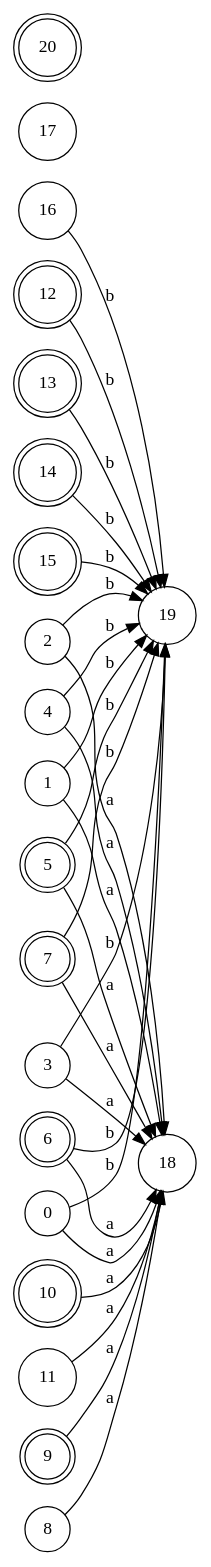
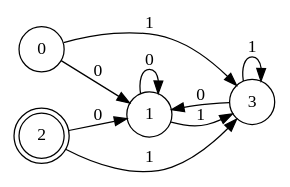
Before and after one commit to desmetr/SchemeInterpreter: the diagram in Scheme_Interpreter/src/convertENFAtoDFA.dot, drawn with Graphviz. The commit also changed 5 other files, not shown here.

```diff
--- a/Scheme_Interpreter/src/convertENFAtoDFA.dot
+++ b/Scheme_Interpreter/src/convertENFAtoDFA.dot
@@ -1,48 +1,14 @@
 digraph DFA {
 	rankdir=LR;	0 [shape=circle];
-	0 -> 18 [label="a"];
-	0 -> 19 [label="b"];
+	0 -> 1 [label="0"];
+	0 -> 3 [label="1"];
 	1 [shape=circle];
-	1 -> 18 [label="a"];
-	1 -> 19 [label="b"];
-	2 [shape=circle];
-	2 -> 18 [label="a"];
-	2 -> 19 [label="b"];
+	1 -> 1 [label="0"];
+	1 -> 3 [label="1"];
+	2 [shape=doublecircle];
+	2 -> 1 [label="0"];
+	2 -> 3 [label="1"];
 	3 [shape=circle];
-	3 -> 18 [label="a"];
-	3 -> 19 [label="b"];
-	4 [shape=circle];
-	4 -> 18 [label="a"];
-	4 -> 19 [label="b"];
-	5 [shape=doublecircle];
-	5 -> 18 [label="a"];
-	5 -> 19 [label="b"];
-	6 [shape=doublecircle];
-	6 -> 18 [label="a"];
-	6 -> 19 [label="b"];
-	7 [shape=doublecircle];
-	7 -> 18 [label="a"];
-	7 -> 19 [label="b"];
-	8 [shape=circle];
-	8 -> 18 [label="a"];
-	9 [shape=doublecircle];
-	9 -> 18 [label="a"];
-	10 [shape=doublecircle];
-	10 -> 18 [label="a"];
-	11 [shape=circle];
-	11 -> 18 [label="a"];
-	12 [shape=doublecircle];
-	12 -> 19 [label="b"];
-	13 [shape=doublecircle];
-	13 -> 19 [label="b"];
-	14 [shape=doublecircle];
-	14 -> 19 [label="b"];
-	15 [shape=doublecircle];
-	15 -> 19 [label="b"];
-	16 [shape=circle];
-	16 -> 19 [label="b"];
-	17 [shape=circle];
-	18 [shape=circle];
-	19 [shape=circle];
-	20 [shape=doublecircle];
+	3 -> 1 [label="0"];
+	3 -> 3 [label="1"];
 }
```
